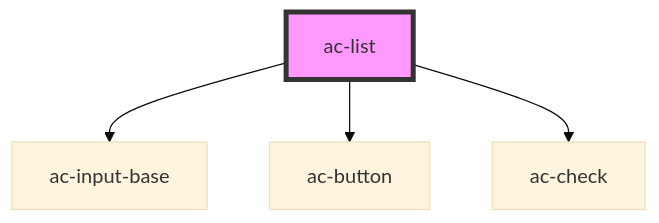
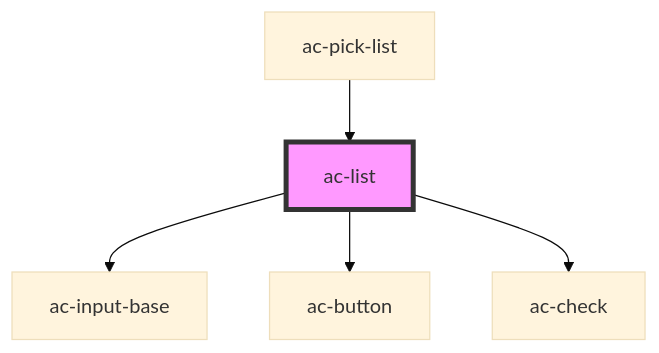
The diagram in src/components/molecules/ac-list/readme.md (accera-tech/solar-components), drawn with Mermaid (base theme) before and after one commit. The commit also changed other lines of this file and 7 other files, not shown here.

Commit message:
feat: create ac-pick-list

````diff
--- a/src/components/molecules/ac-list/readme.md
+++ b/src/components/molecules/ac-list/readme.md
@@ -42,7 +46,8 @@
 ```mermaid
 graph TD;
   ac-list --> ac-input-base
   ac-list --> ac-button
   ac-list --> ac-check
+  ac-pick-list --> ac-list
   style ac-list fill:#f9f,stroke:#333,stroke-width:4px
 ```
````
